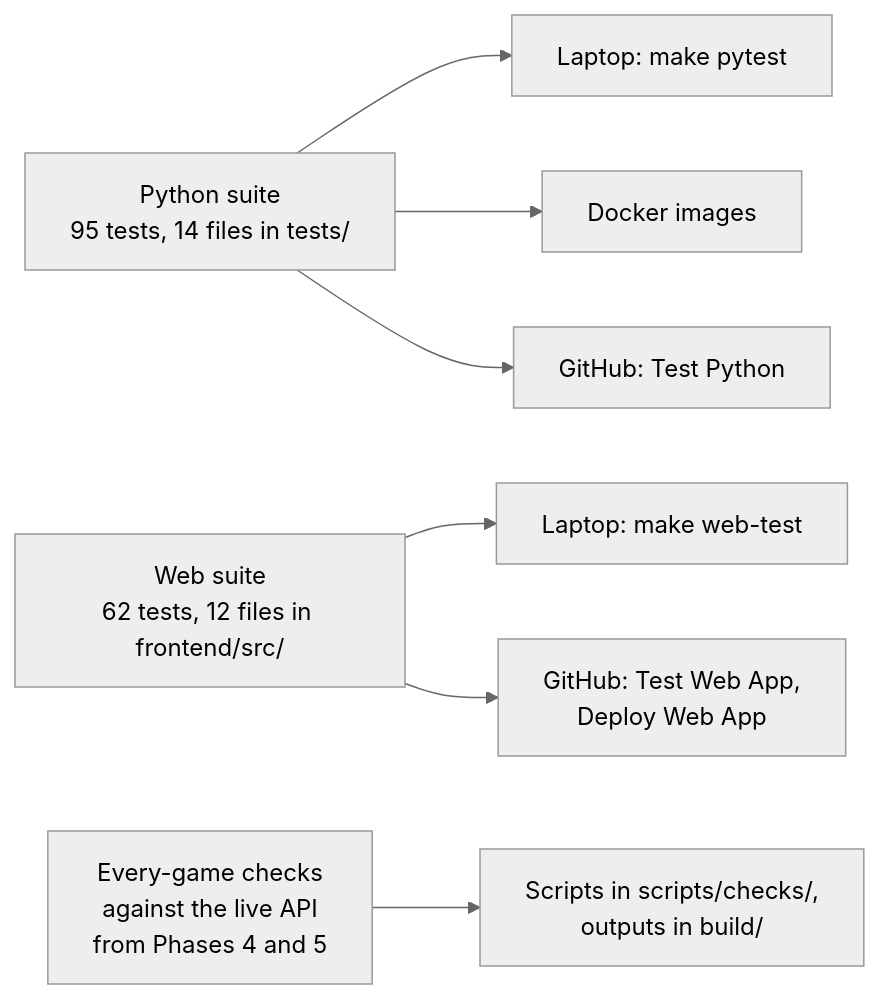
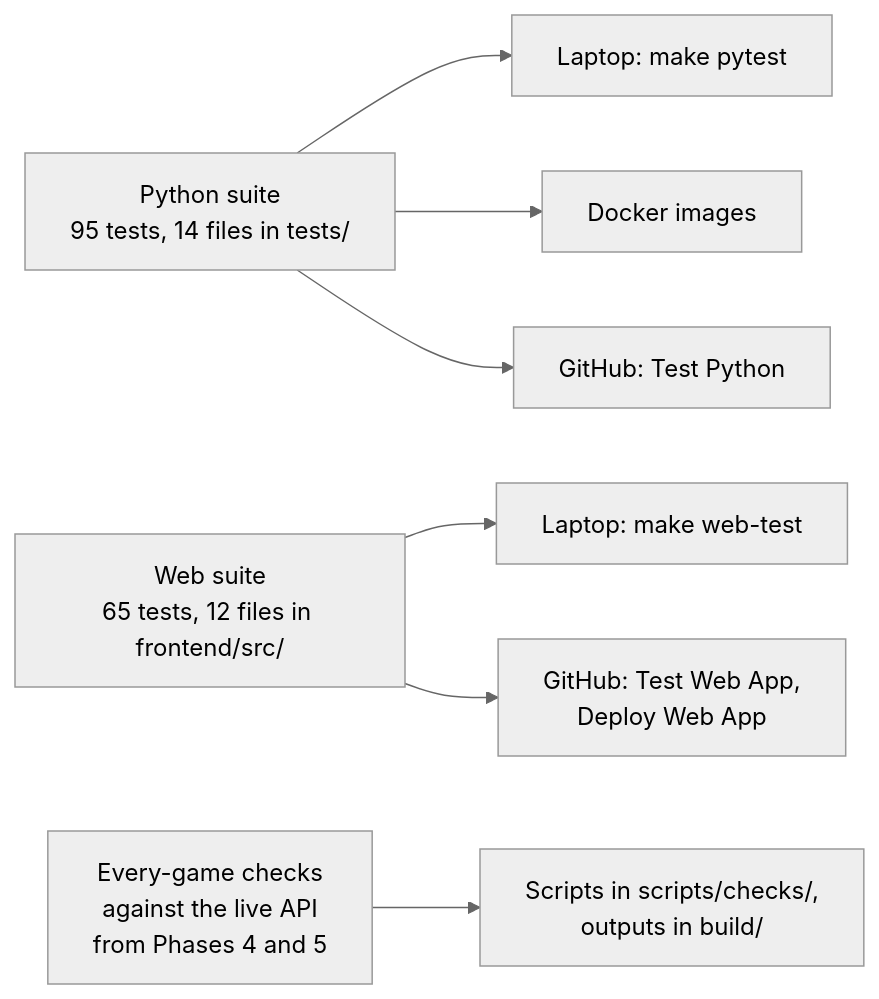
Before and after one commit to jconnors23/510-m3-nfl-prediction-analytics: the diagram in docs/implementation/extras/development/testing-guide.md, drawn with Mermaid (neutral theme). The commit also changed other lines of this file and 45 other files, not shown here.

````diff
--- a/docs/implementation/extras/development/testing-guide.md
+++ b/docs/implementation/extras/development/testing-guide.md
@@ -12,12 +12,12 @@
 ```mermaid
 flowchart LR
     A["Python suite<br/>95 tests, 14 files in tests/"]
-    B["Web suite<br/>62 tests, 12 files in frontend/src/"]
+    B["Web suite<br/>65 tests, 12 files in frontend/src/"]
     C["Every-game checks<br/>against the live API<br/>from Phases 4 and 5"]
     A --> L["Laptop: make pytest"]
     A --> D["Docker images"]
     A --> G1["GitHub: Test Python"]
     B --> L2["Laptop: make web-test"]
     B --> G2["GitHub: Test Web App,<br/>Deploy Web App"]
     C --> P["Scripts in scripts/checks/,<br/>outputs in build/"]
 ```
````
